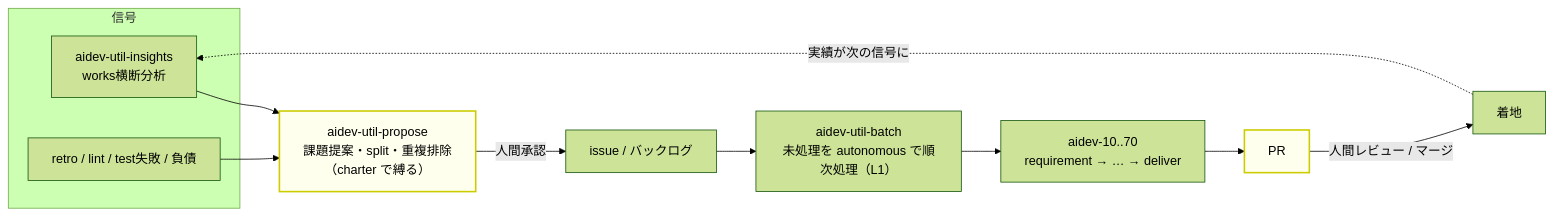
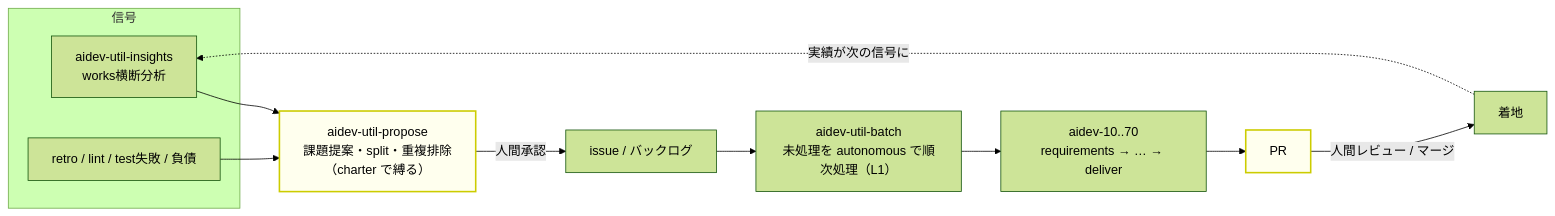
The fourth of 5 diagrams in docs/ClaudeCode/skills/aidev/aidev-docs/DESIGN.md (asaomaro/public_docs), drawn with Mermaid (forest theme) before and after one commit. The commit also changed other lines of this file and 32 other files, not shown here.

````diff
--- a/docs/ClaudeCode/skills/aidev/aidev-docs/DESIGN.md
+++ b/docs/ClaudeCode/skills/aidev/aidev-docs/DESIGN.md
@@ -104,23 +104,23 @@
 ```mermaid
 flowchart LR
   subgraph SIG["信号"]
     insights["aidev-util-insights<br/>works横断分析"]
     retro2["retro / lint / test失敗 / 負債"]
   end
 
   propose["aidev-util-propose<br/>課題提案・split・重複排除<br/>（charter で縛る）"]
   backlog["issue / バックログ"]
   batch["aidev-util-batch<br/>未処理を autonomous で順次処理（L1）"]
-  pipe["aidev-10..70<br/>requirement → … → deliver"]
+  pipe["aidev-10..70<br/>requirements → … → deliver"]
   pr["PR"]
 
   insights --> propose
   retro2 --> propose
   propose -->|人間承認| backlog
   backlog --> batch --> pipe --> pr
   pr -->|人間レビュー / マージ| done["着地"]
   done -.実績が次の信号に.-> insights
 
   classDef gate fill:#ffe,stroke:#cc0,stroke-width:2px
   class propose,pr gate
 ```
````
